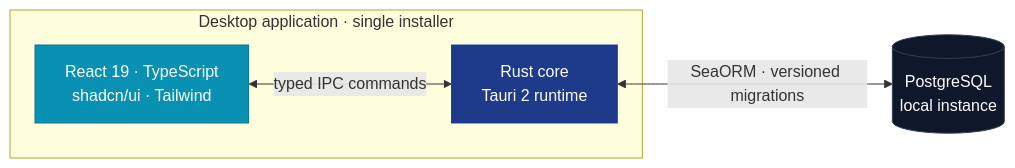
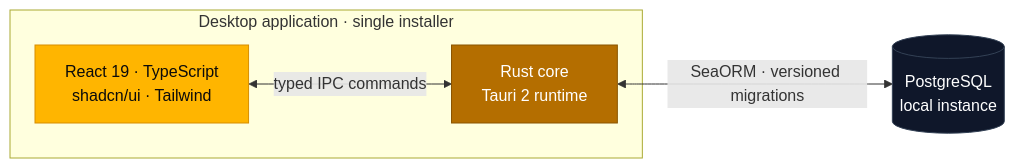
One commit to TillSoft/TillSoft changed the diagram in README.md. Above: the diagram before and after it, drawn with Mermaid. The commit also changed other lines of this file, not shown here.

Commit message:
Use the Tillsoft amber colours in the profile banner, footer and diagram

````diff
--- a/README.md
+++ b/README.md
@@ -79,18 +79,18 @@
 ```mermaid
 flowchart LR
     subgraph shell["Desktop application · single installer"]
         ui["React 19 · TypeScript<br/>shadcn/ui · Tailwind"]
         core["Rust core<br/>Tauri 2 runtime"]
     end
     db[("PostgreSQL<br/>local instance")]
 
     ui <-->|"typed IPC commands"| core
     core <-->|"SeaORM · versioned migrations"| db
 
-    classDef front fill:#0891B2,stroke:#0E7490,color:#FFFFFF
-    classDef back fill:#1E3A8A,stroke:#1E40AF,color:#FFFFFF
+    classDef front fill:#FFB500,stroke:#D78D00,color:#0B0B0B
+    classDef back fill:#B46E00,stroke:#8A5400,color:#FFFFFF
     classDef store fill:#0F172A,stroke:#334155,color:#FFFFFF
     class ui front
     class core back
     class db store
 ```
````
